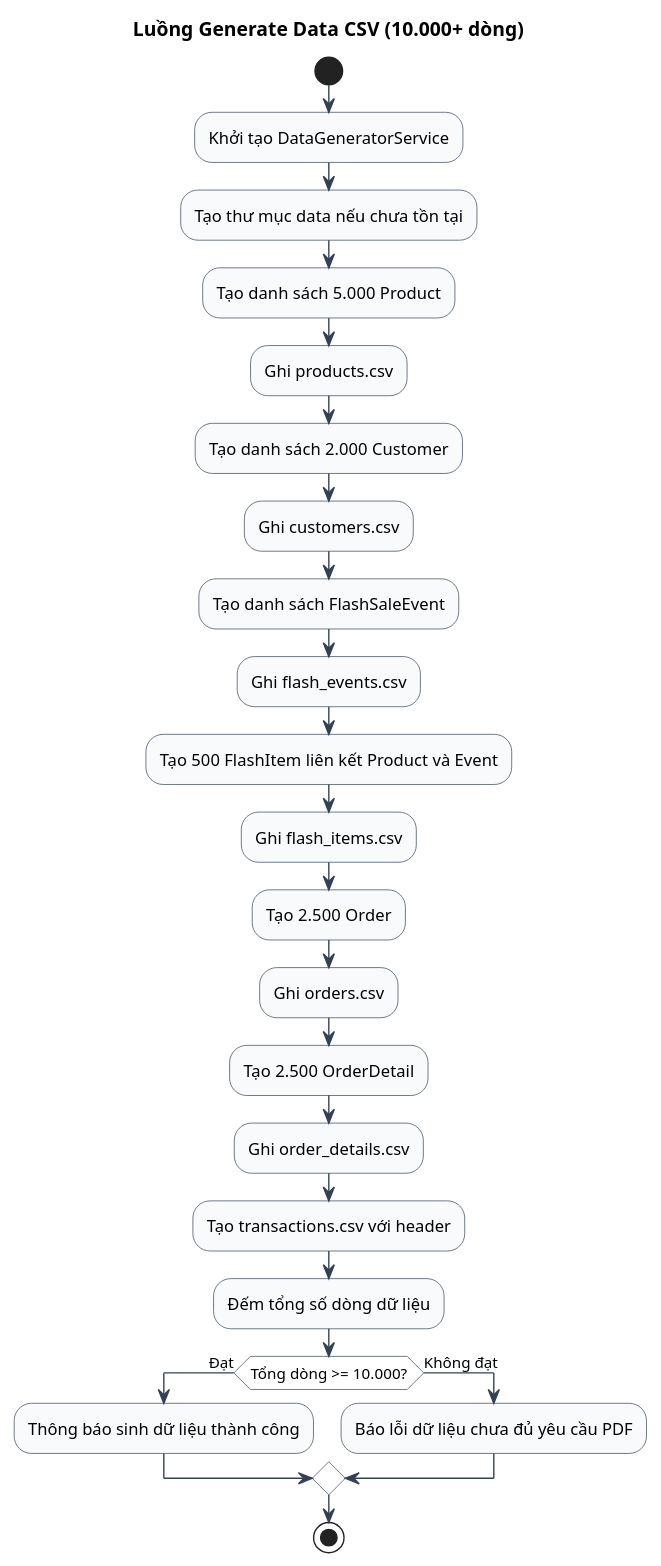
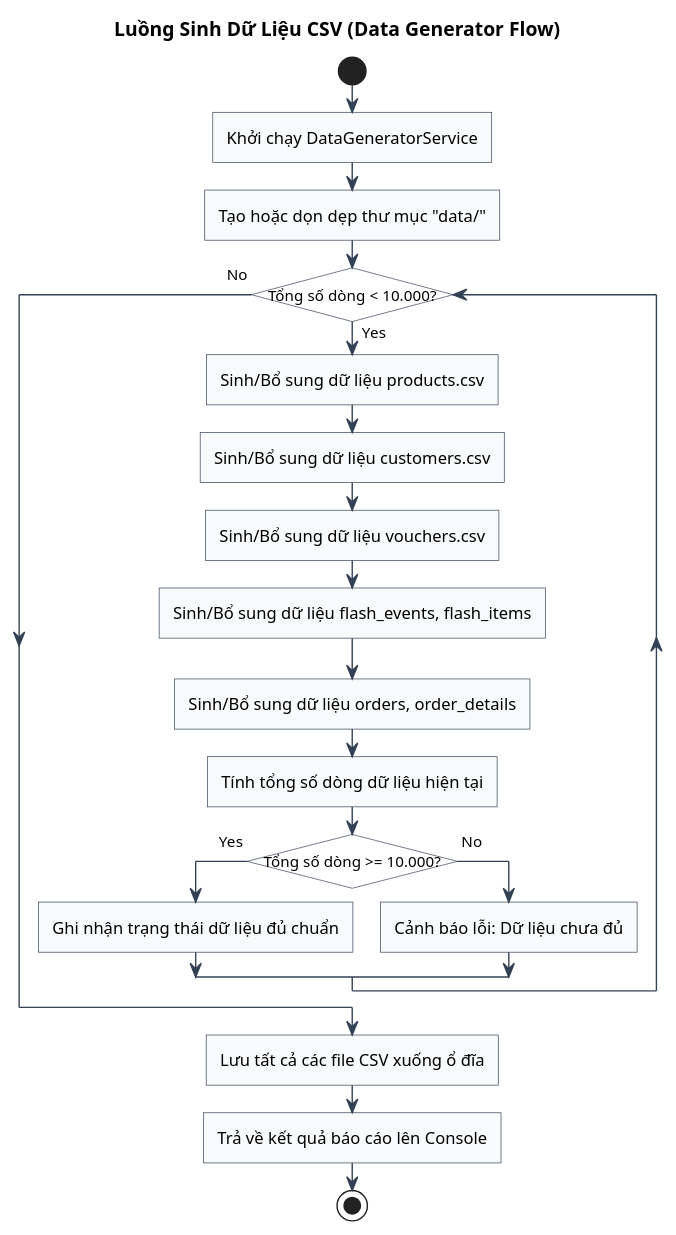
Before and after one commit to nguyendinhtien824-super/Group-2: the diagram in docs/flowcharts/datagen_flow.puml, drawn with PlantUML. The commit also changed 7 other files, not shown here.

Commit message:
fixing flowcharts

```diff
--- a/docs/flowcharts/datagen_flow.puml
+++ b/docs/flowcharts/datagen_flow.puml
@@ -1,39 +1,38 @@
 @startuml
-' Render PNG bằng: java -jar plantuml.jar -charset UTF-8 -tpng datagen_flow.puml
+skinparam roundcorner 0
 skinparam defaultFontName "Arial"
-skinparam titleFontName "Arial"
 skinparam shadowing false
+skinparam ActivityShape rectangle
 skinparam ArrowColor #334155
 skinparam ActivityBackgroundColor #F8FAFC
 skinparam ActivityBorderColor #334155
 skinparam ActivityDiamondBackgroundColor #FFFFFF
-skinparam ActivityDiamondBorderColor #334155
-skinparam NoteBackgroundColor #FFF7ED
-skinparam NoteBorderColor #F97316
+skinparam conditionStyle InsideDiamond
+skinparam ConditionEndStyle hline
 
-title Luồng Generate Data CSV (10.000+ dòng)
+title Luồng Sinh Dữ Liệu CSV (Data Generator Flow)
 
 start
-:Khởi tạo DataGeneratorService;
-:Tạo thư mục data nếu chưa tồn tại;
-:Tạo danh sách 5.000 Product;
-:Ghi products.csv;
-:Tạo danh sách 2.000 Customer;
-:Ghi customers.csv;
-:Tạo danh sách FlashSaleEvent;
-:Ghi flash_events.csv;
-:Tạo 500 FlashItem liên kết Product và Event;
-:Ghi flash_items.csv;
-:Tạo 2.500 Order;
-:Ghi orders.csv;
-:Tạo 2.500 OrderDetail;
-:Ghi order_details.csv;
-:Tạo transactions.csv với header;
-:Đếm tổng số dòng dữ liệu;
-if (Tổng dòng >= 10.000?) then (Đạt)
-  :Thông báo sinh dữ liệu thành công;
-else (Không đạt)
-  :Báo lỗi dữ liệu chưa đủ yêu cầu PDF;
-endif
+:Khởi chạy DataGeneratorService;
+:Tạo hoặc dọn dẹp thư mục "data/";
+
+while (Tổng số dòng < 10.000?) is ( Yes )
+  :Sinh/Bổ sung dữ liệu products.csv;
+  :Sinh/Bổ sung dữ liệu customers.csv;
+  :Sinh/Bổ sung dữ liệu vouchers.csv;
+  :Sinh/Bổ sung dữ liệu flash_events, flash_items;
+  :Sinh/Bổ sung dữ liệu orders, order_details;
+  
+  :Tính tổng số dòng dữ liệu hiện tại;
+  
+  if (Tổng số dòng >= 10.000?) then ( Yes )
+    :Ghi nhận trạng thái dữ liệu đủ chuẩn;
+  else ( No )
+    :Cảnh báo lỗi: Dữ liệu chưa đủ;
+  endif
+endwhile ( No )
+
+:Lưu tất cả các file CSV xuống ổ đĩa;
+:Trả về kết quả báo cáo lên Console;
 stop
 @enduml
```
